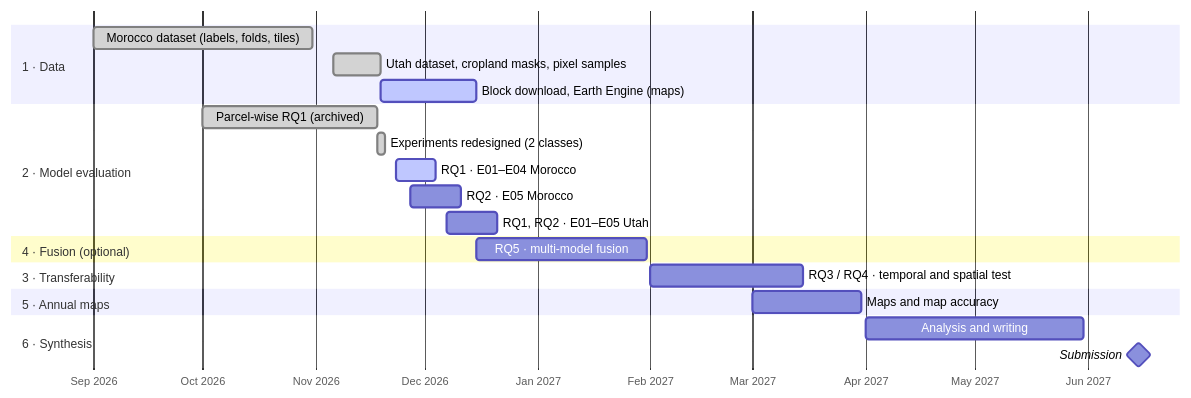
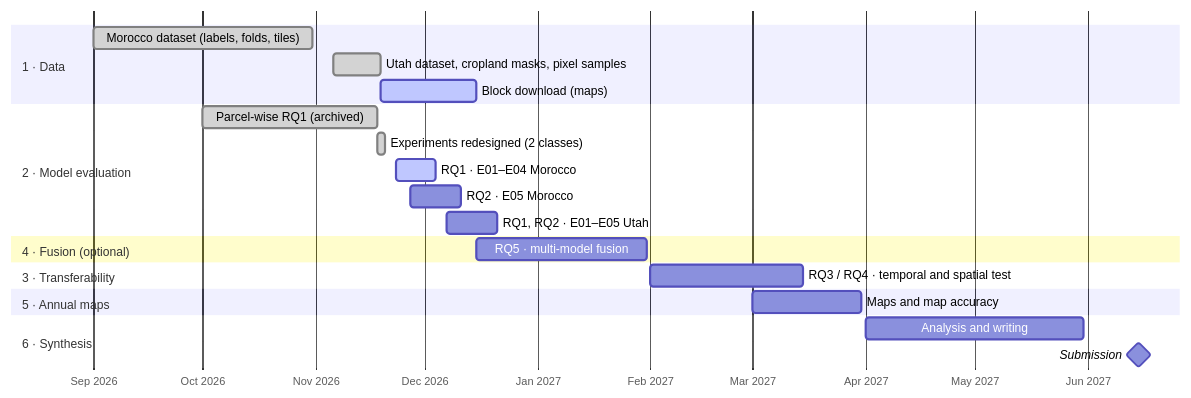
The diagram in docs/progress_report.md (amanchry/irrimapping-geofm), drawn with Mermaid before and after one commit. The commit also changed other lines of this file and 22 other files, not shown here.

Commit message:
Dynamic World cropland block by block (resumable, VRT mosaic); S1/S2 from STAC New Earth Engine service account key

````diff
--- a/docs/progress_report.md
+++ b/docs/progress_report.md
@@ -36,24 +37,24 @@
 ```mermaid
 gantt
     dateFormat  YYYY-MM-DD
     axisFormat  %b %Y
     section 1 · Data
     Morocco dataset (labels, folds, tiles)      :done,   d1, 2026-09-01, 2026-10-31
     Utah dataset, cropland masks, pixel samples :done,   d2, 2026-11-06, 2026-11-19
-    Block download, Earth Engine (maps)         :active, d3, 2026-11-19, 2026-12-15
+    Block download (maps)         :active, d3, 2026-11-19, 2026-12-15
     section 2 · Model evaluation
     Parcel-wise RQ1 (archived)                  :done,   r1, 2026-10-01, 2026-11-18
     Experiments redesigned (2 classes)          :done,   r2, 2026-11-18, 2026-11-20
     RQ1 · E01–E04 Morocco                       :active, r3, 2026-11-23, 2026-12-04
     RQ2 · E05 Morocco                           :        f1, 2026-11-27, 2026-12-11
     RQ1, RQ2 · E01–E05 Utah                     :        f2, 2026-12-07, 2026-12-21
     section 4 · Fusion (optional)
     RQ5 · multi-model fusion                    :        u1, 2026-12-15, 2027-01-31
     section 3 · Transferability
     RQ3 / RQ4 · temporal and spatial test       :        t1, 2027-02-01, 2027-03-15
     section 5 · Annual maps
     Maps and map accuracy                       :        m1, 2027-03-01, 2027-03-31
     section 6 · Synthesis
     Analysis and writing                        :        w1, 2027-04-01, 2027-05-31
     Submission                                  :milestone, w2, 2027-06-15, 0d
 ```
````
